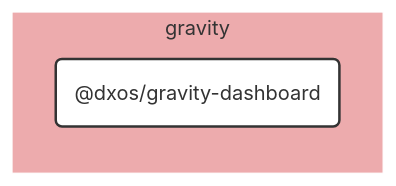
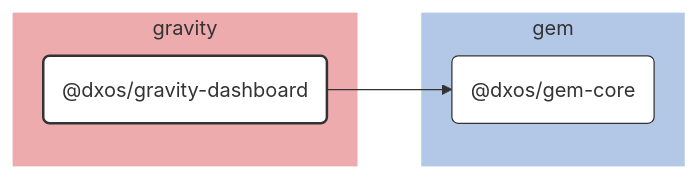
The diagram in packages/gravity/gravity-dashboard/docs/README.md (dxos/dxos), drawn with Mermaid before and after one commit. The commit also changed other lines of this file and 69 other files, not shown here.

````diff
--- a/packages/gravity/gravity-dashboard/docs/README.md
+++ b/packages/gravity/gravity-dashboard/docs/README.md
@@ -7,25 +7,34 @@
 ```mermaid
 %%{ init: {'flowchart':{'curve':'basis'}} }%%
 
 flowchart LR
 
 %% Links
+dxos/gravity-dashboard --> dxos/gem-core;
 
 %% Sections
 subgraph gravity
   style gravity fill:#edabad,stroke:#fff;
 
   dxos/gravity-dashboard("@dxos/gravity-dashboard")
 end
 
+subgraph gem
+  style gem fill:#b3c7e6,stroke:#fff;
+
+  dxos/gem-core("@dxos/gem-core")
+end
+
 
 %% Hyperlinks
+click dxos/gem-core "dxos/dxos/tree/main/packages/gem/gem-core/docs";
 
 %% Styles
 classDef rootNode fill:#fff,stroke:#333,stroke-width:2px
 classDef defaultNode fill:#fff,stroke:#333,stroke-width:1px
 linkStyle default stroke:#333,stroke-width:1px
 
 dxos/gravity-dashboard:::rootNode
 
+dxos/gem-core:::defaultNode
 ```
````
